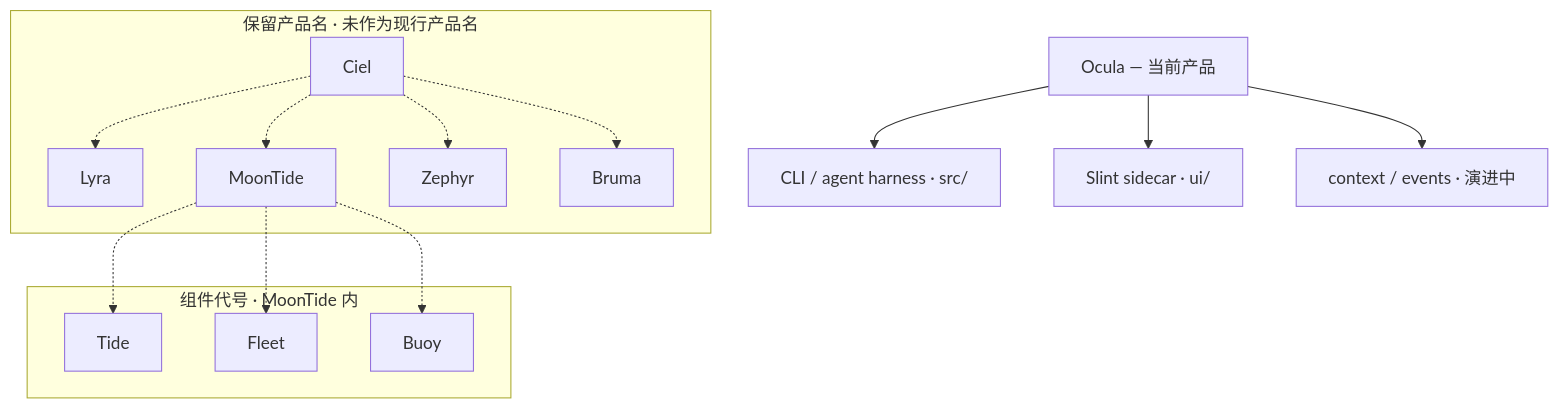
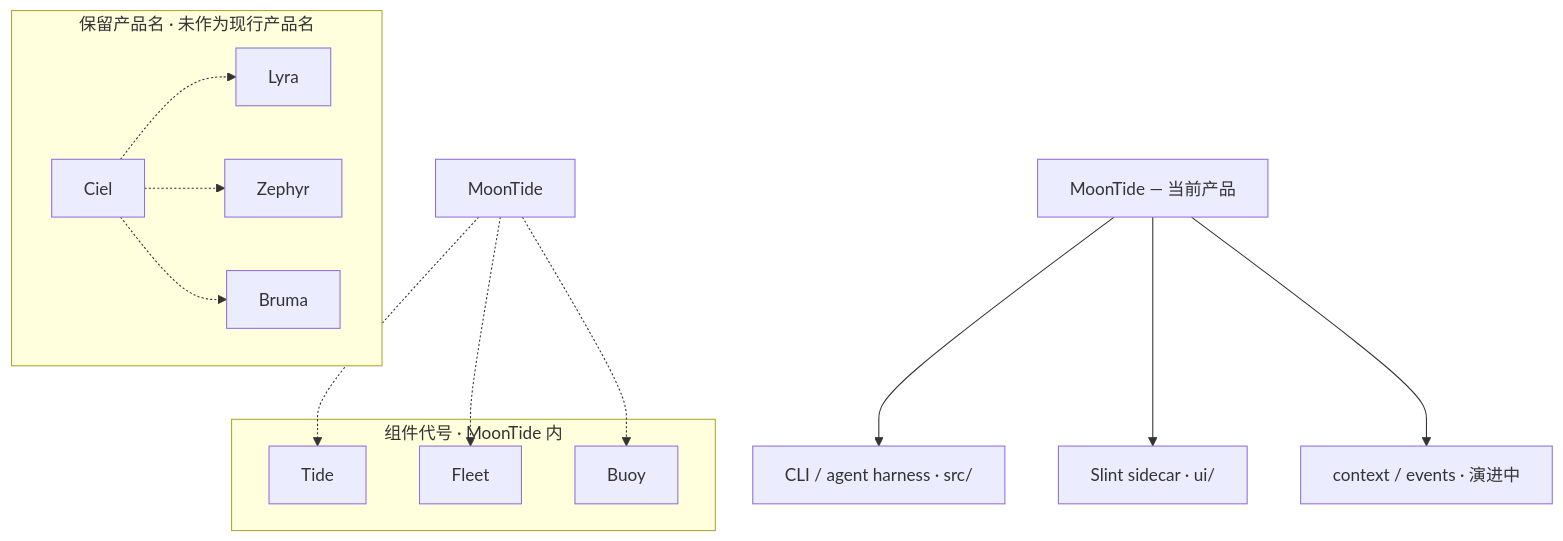
The diagram in docs/product/vision.md (chendpoc/moontide), drawn with Mermaid before and after one commit. The commit also changed other lines of this file and 35 other files, not shown here.

First line of the commit message:
refactor: rename project branding from Ocula to MoonTide

````diff
--- a/docs/product/vision.md
+++ b/docs/product/vision.md
@@ -42,29 +41,27 @@
 ```mermaid
 flowchart TB
-  Now["Ocula — 当前产品"]
+  Now["MoonTide — 当前产品"]
   Now --> CLI["CLI / agent harness · src/"]
   Now --> UI["Slint sidecar · ui/"]
   Now --> Ctx["context / events · 演进中"]
 
   subgraph products [保留产品名 · 未作为现行产品名]
     Ciel["Ciel"]
     Lyra["Lyra"]
-    MoonTide["MoonTide"]
     Zephyr["Zephyr"]
     Bruma["Bruma"]
   end
 
   subgraph panels [组件代号 · MoonTide 内]
     Tide["Tide"]
     Fleet["Fleet"]
     Buoy["Buoy"]
   end
 
   Ciel -.-> Lyra
-  Ciel -.-> MoonTide
   Ciel -.-> Zephyr
   Ciel -.-> Bruma
   MoonTide -.-> Tide
   MoonTide -.-> Fleet
   MoonTide -.-> Buoy
 ```
````
